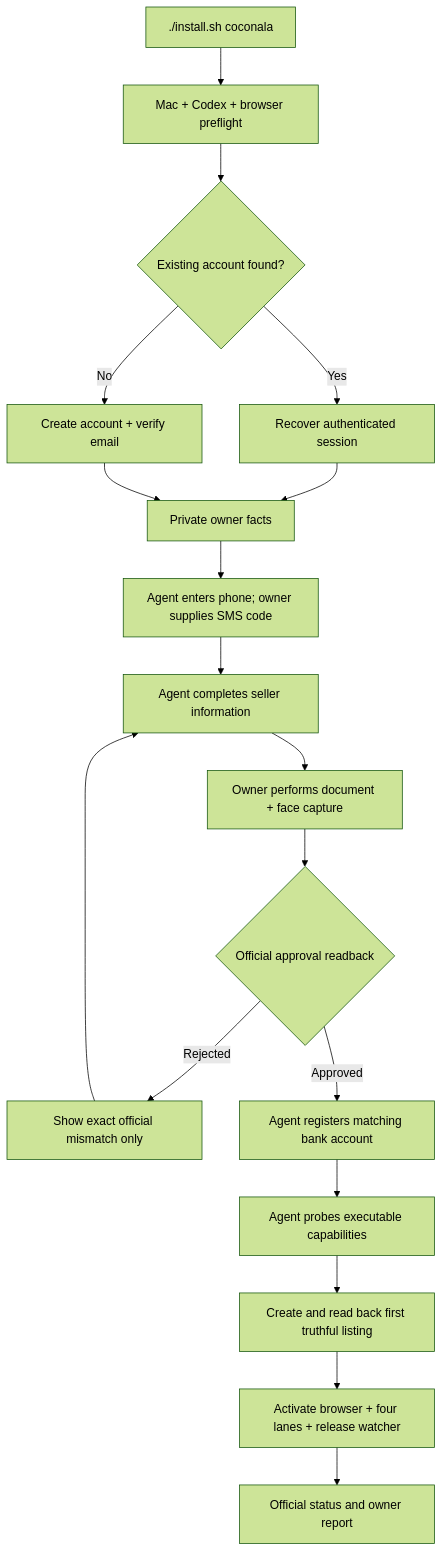
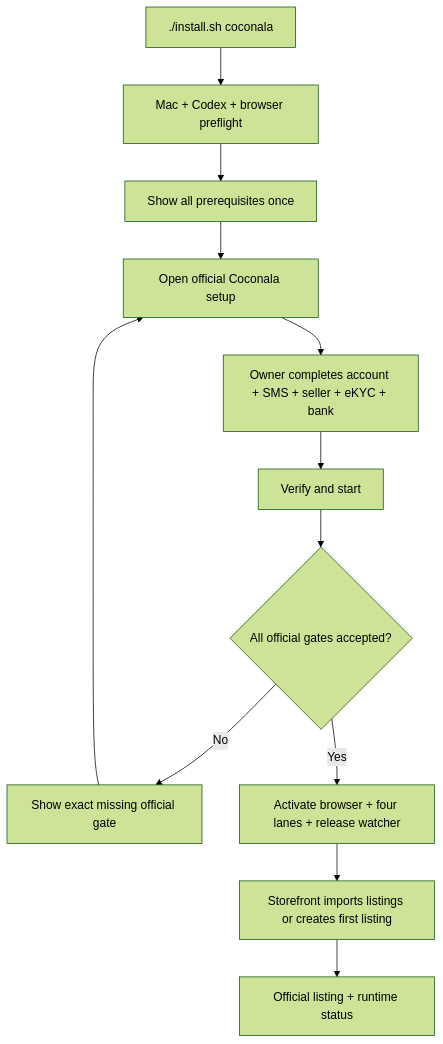
Before and after one commit to Daisuke134/anicca: the diagram in docs/superpowers/specs/2026-08-24-coconala-one-session-onboarding-design.md, drawn with Mermaid (forest theme). The commit also changed other lines of this file and 1 other file, not shown here.

Commit message:
docs(gig): put first listing in Storefront

````diff
--- a/docs/superpowers/specs/2026-08-24-coconala-one-session-onboarding-design.md
+++ b/docs/superpowers/specs/2026-08-24-coconala-one-session-onboarding-design.md
@@ -55,20 +51,14 @@
 ```mermaid
 flowchart TD
     CMD["./install.sh coconala"] --> PREFLIGHT["Mac + Codex + browser preflight"]
-    PREFLIGHT --> ACCOUNT{"Existing account found?"}
-    ACCOUNT -->|Yes| RECOVER["Recover authenticated session"]
-    ACCOUNT -->|No| SIGNUP["Create account + verify email"]
-    RECOVER --> FACTS["Private owner facts"]
-    SIGNUP --> FACTS
-    FACTS --> SMS["Agent enters phone; owner supplies SMS code"]
-    SMS --> SELLER["Agent completes seller information"]
-    SELLER --> KYC["Owner performs document + face capture"]
-    KYC --> APPROVED{"Official approval readback"}
-    APPROVED -->|Rejected| CORRECT["Show exact official mismatch only"]
-    CORRECT --> SELLER
-    APPROVED -->|Approved| BANK["Agent registers matching bank account"]
-    BANK --> CAPABILITY["Agent probes executable capabilities"]
-    CAPABILITY --> LISTING["Create and read back first truthful listing"]
-    LISTING --> ACTIVATE["Activate browser + four lanes + release watcher"]
-    ACTIVATE --> RECEIPT["Official status and owner report"]
+    PREFLIGHT --> GUIDE["Show all prerequisites once"]
+    GUIDE --> OFFICIAL["Open official Coconala setup"]
+    OFFICIAL --> HUMAN["Owner completes account + SMS + seller + eKYC + bank"]
+    HUMAN --> VERIFY["Verify and start"]
+    VERIFY --> APPROVED{"All official gates accepted?"}
+    APPROVED -->|No| CORRECT["Show exact missing official gate"]
+    CORRECT --> OFFICIAL
+    APPROVED -->|Yes| ACTIVATE["Activate browser + four lanes + release watcher"]
+    ACTIVATE --> STOREFRONT["Storefront imports listings or creates first listing"]
+    STOREFRONT --> RECEIPT["Official listing + runtime status"]
 ```
````
